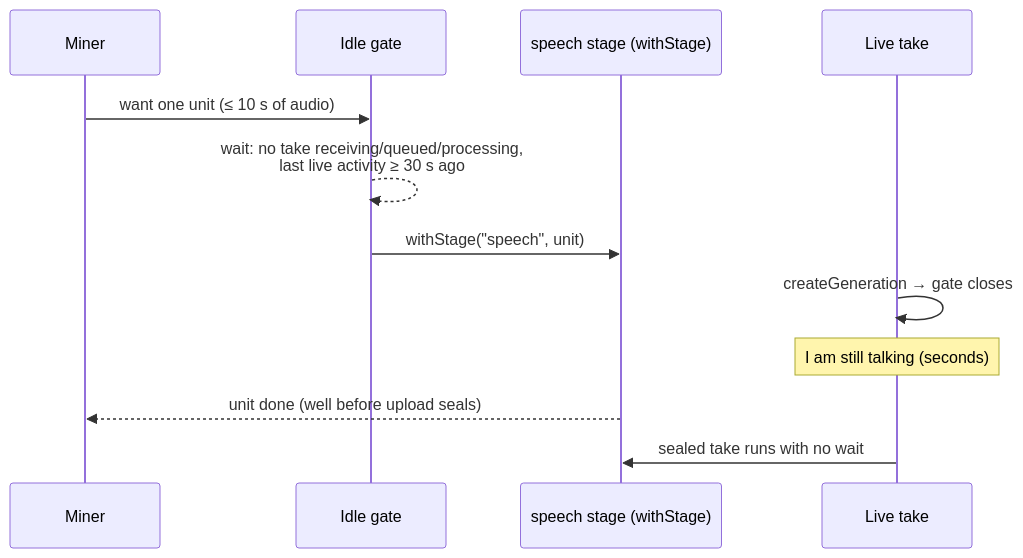
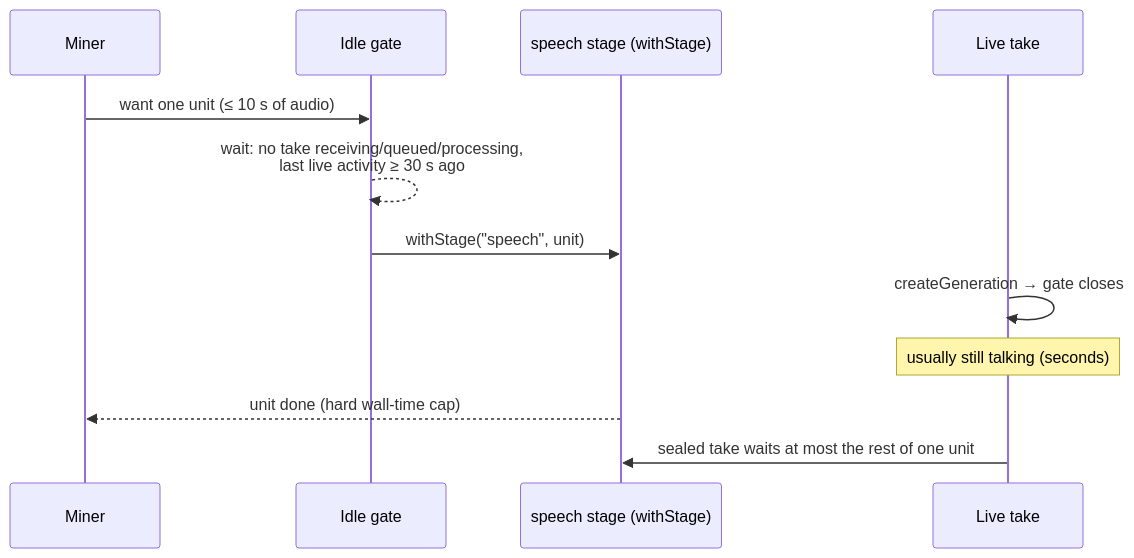
The second of 2 diagrams in docs/dictionary-miner.md (M4NU5/inlay), drawn with Mermaid before and after one commit. The commit also changed other lines of this file, not shown here.

Commit message:
DOCS: Address Codex review: hint path, live-wait bound, duplicate terms and one-shot accept

````diff
--- a/docs/dictionary-miner.md
+++ b/docs/dictionary-miner.md
@@ -141,14 +141,14 @@
 ```mermaid
 sequenceDiagram
   participant M as Miner
   participant G as Idle gate
   participant S as speech stage (withStage)
   participant L as Live take
   M->>G: want one unit (≤ 10 s of audio)
   G-->>G: wait: no take receiving/queued/processing,<br/>last live activity ≥ 30 s ago
   G->>S: withStage("speech", unit)
   L->>L: createGeneration → gate closes
-  Note over L: I am still talking (seconds)
-  S-->>M: unit done (well before upload seals)
-  L->>S: sealed take runs with no wait
+  Note over L: usually still talking (seconds)
+  S-->>M: unit done (hard wall-time cap)
+  L->>S: sealed take waits at most the rest of one unit
 ```
````
